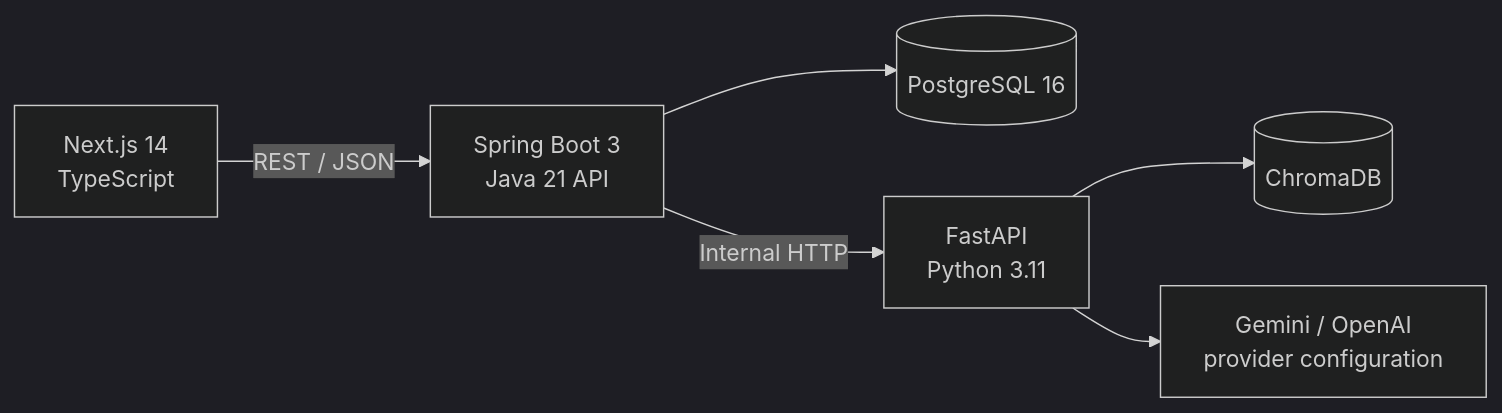
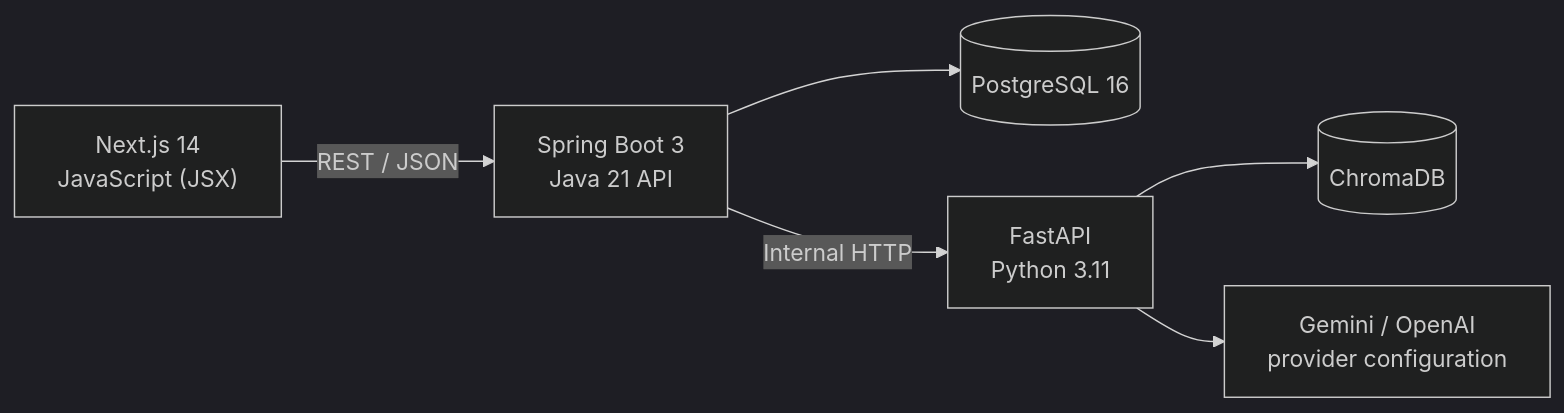
The diagram in README.md (suvansha-ag21/CareerPilot-AI-v2), drawn with Mermaid (dark theme) before and after one commit. The commit also changed other lines of this file and 124 other files, not shown here.

Commit message:
refactor: migrate frontend and shared modules from TypeScript to JavaScript (JSX/ESNext)

````diff
--- a/README.md
+++ b/README.md
@@ -25,8 +25,8 @@
 ```mermaid
 flowchart LR
-    Browser["Next.js 14<br/>TypeScript"] -->|"REST / JSON"| API["Spring Boot 3<br/>Java 21 API"]
+    Browser["Next.js 14<br/>JavaScript (JSX)"] -->|"REST / JSON"| API["Spring Boot 3<br/>Java 21 API"]
     API --> DB[("PostgreSQL 16")]
     API -->|"Internal HTTP"| AI["FastAPI<br/>Python 3.11"]
     AI --> Vector[("ChromaDB")]
     AI --> Models["Gemini / OpenAI<br/>provider configuration"]
 ```
````
